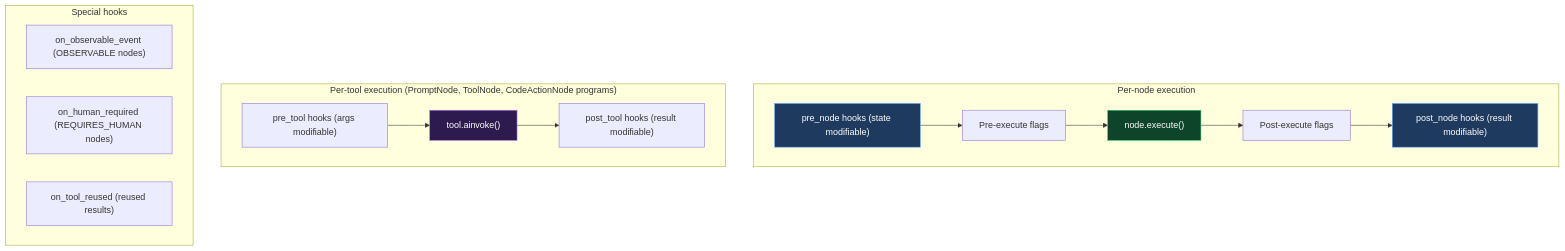
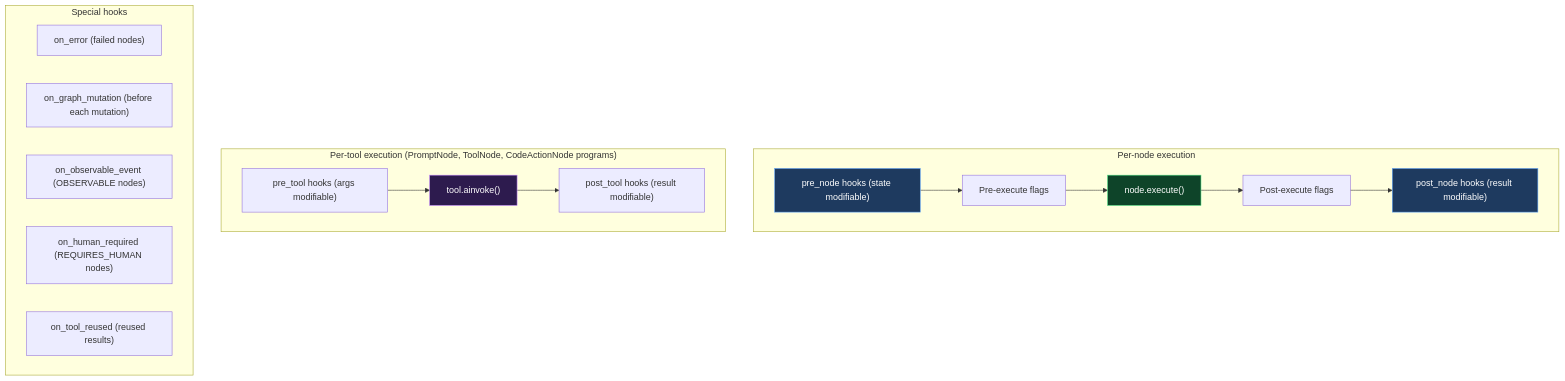
Before and after one commit to CloudEngineHub/DeepMCPAgent: the ninth of 10 diagrams in docs/core/engine-internals.md, drawn with Mermaid. The commit also changed other lines of this file and 16 other files, not shown here.

First line of the commit message:
docs(engine): describe the fixed Reasoning Graph behaviour; changelog

````diff
--- a/docs/core/engine-internals.md
+++ b/docs/core/engine-internals.md
@@ -344,25 +348,27 @@
 ```mermaid
 graph TD
     subgraph "Per-node execution"
         H1["pre_node hooks (state modifiable)"] --> FLAGS_PRE["Pre-execute flags"]
         FLAGS_PRE --> EXEC["node.execute()"]
         EXEC --> FLAGS_POST["Post-execute flags"]
         FLAGS_POST --> H2["post_node hooks (result modifiable)"]
     end
 
     subgraph "Per-tool execution (PromptNode, ToolNode, CodeActionNode programs)"
         H3["pre_tool hooks (args modifiable)"] --> TOOL["tool.ainvoke()"]
         TOOL --> H4["post_tool hooks (result modifiable)"]
     end
 
     subgraph "Special hooks"
+        H8["on_error (failed nodes)"]
+        H9["on_graph_mutation (before each mutation)"]
         H5["on_observable_event (OBSERVABLE nodes)"]
         H6["on_human_required (REQUIRES_HUMAN nodes)"]
         H7["on_tool_reused (reused results)"]
     end
 
     style H1 fill:#1e3a5f,stroke:#60a5fa,color:#fff
     style H2 fill:#1e3a5f,stroke:#60a5fa,color:#fff
     style EXEC fill:#0e4429,stroke:#4ade80,color:#fff
     style TOOL fill:#2d1b4e,stroke:#c084fc,color:#fff
 ```
````
